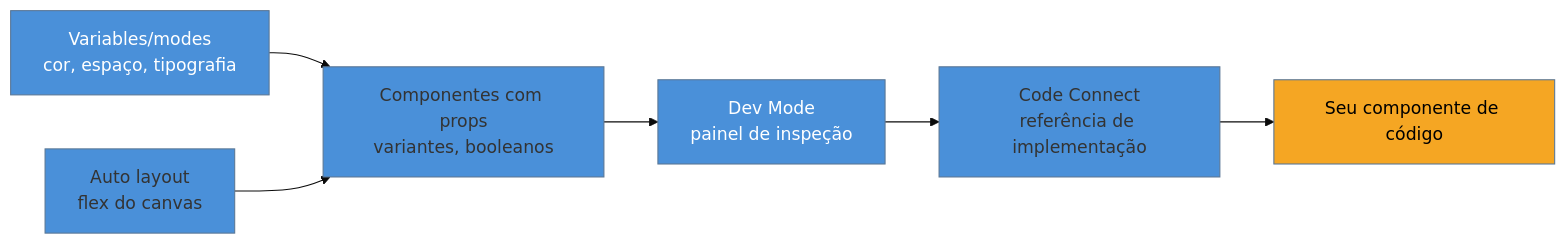
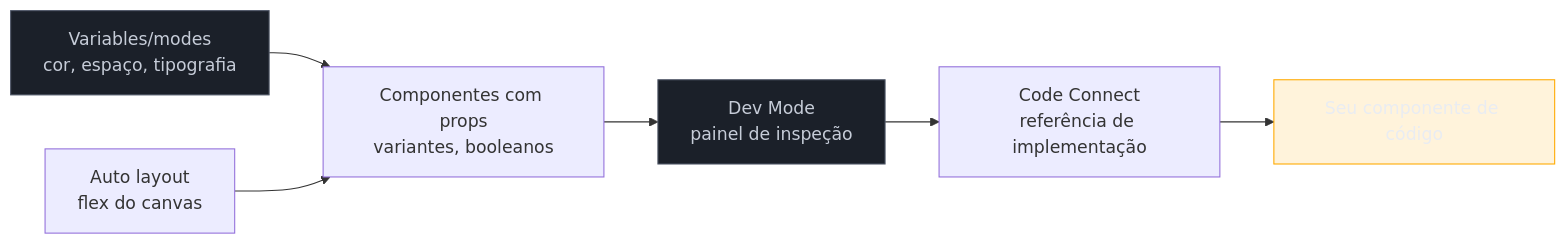
One commit to josenaldo/codex-technomanticus changed the diagram in 03-Dominios/Tecnologia/Ferramentas de Design/01 - Figma para o engenheiro.md. Above: the diagram before and after it, drawn with Mermaid. The commit also changed 1181 other files, not shown here.

First line of the commit message:
fix(diagramas): paleta do sistema no lugar de cor cravada no markdown

````diff
--- a/03-Dominios/Tecnologia/Ferramentas de Design/01 - Figma para o engenheiro.md
+++ b/03-Dominios/Tecnologia/Ferramentas de Design/01 - Figma para o engenheiro.md
@@ -41,12 +41,13 @@
 ```mermaid
-%%{init: {"theme": "base", "themeVariables": {"primaryColor": "#4A90D9"}}}%%
 graph LR
+    classDef neutro fill:#1B2029,stroke:#4E5666,color:#C6CCD8
+    classDef destaque fill:#FFAA0024,stroke:#FFAA00,color:#E9ECF2
     V["Variables/modes<br/>cor, espaço, tipografia"] --> C["Componentes com props<br/>variantes, booleanos"]
     AL["Auto layout<br/>flex do canvas"] --> C
     C --> DM["Dev Mode<br/>painel de inspeção"]
     DM --> CC["Code Connect<br/>referência de implementação"]
     CC --> CODE["Seu componente de código"]
-    style V fill:#4A90D9,color:#fff
-    style DM fill:#4A90D9,color:#fff
-    style CODE fill:#F5A623,color:#000
+    class V neutro
+    class DM neutro
+    class CODE destaque
 ```
````
